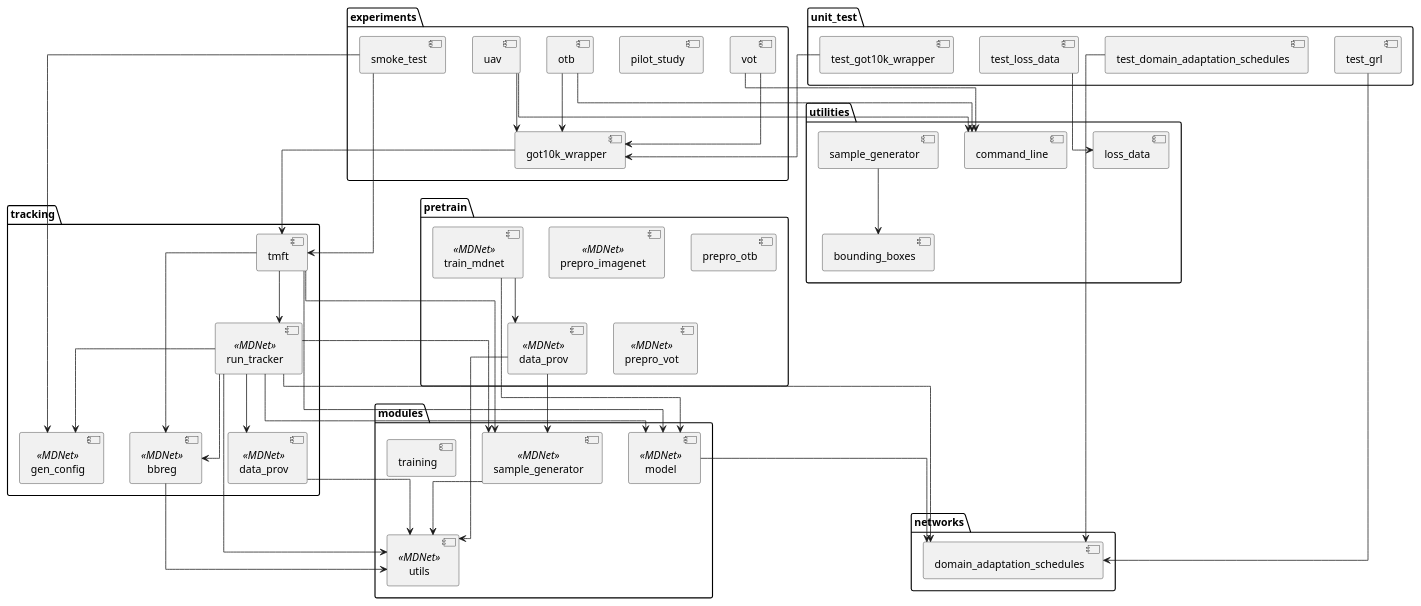
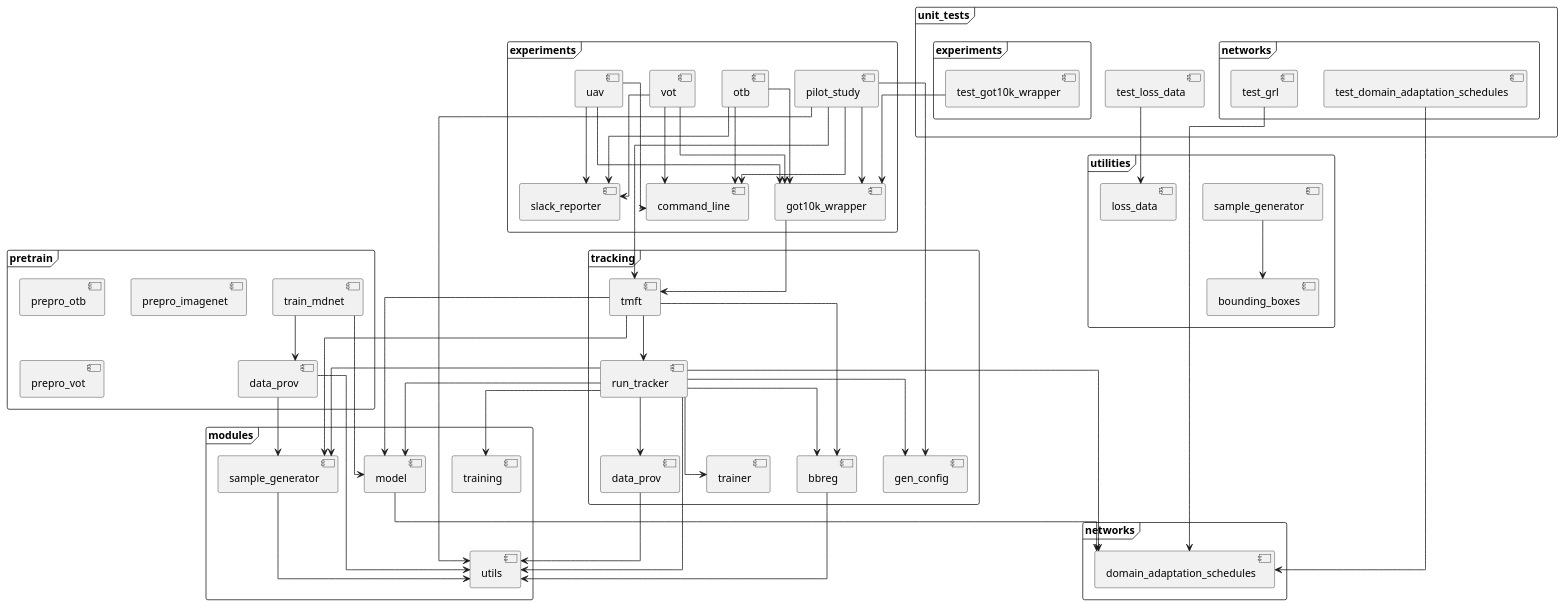
Before and after one commit to brobeson/tmft: the diagram in docs/source/dependencies.puml, drawn with PlantUML. The commit also changed 3 other files, not shown here.

First line of the commit message:
Consolidate the smoke and pilot tests

```diff
--- a/docs/source/dependencies.puml
+++ b/docs/source/dependencies.puml
@@ -1,93 +1,140 @@
 @startuml
-
-skinparam Linetype ortho
-
-package experiments {
-  [got10k_wrapper]
-  [otb]
-  [pilot_study]
-  [smoke_test]
-  [uav]
-  [vot]
+skinparam linetype ortho
+frame utilities as utilities {
+[bounding_boxes] as utilities.bounding_boxes
 }
-
-package modules {
-  [model] <<MDNet>>
-  [sample_generator] as modules_sample_generator <<MDNet>>
-  [training]
-  [utils] <<MDNet>>
+frame utilities as utilities {
+[sample_generator] as utilities.sample_generator
 }
-
-package networks {
-  [domain_adaptation_schedules]
+frame utilities as utilities {
+[loss_data] as utilities.loss_data
 }
-
-package pretrain {
-  [data_prov] as pretrain_data_prov <<MDNet>>
-  [prepro_imagenet] <<MDNet>>
-  [prepro_otb]
-  [prepro_vot] <<MDNet>>
-  [train_mdnet] <<MDNet>>
+frame pretrain as pretrain {
+[prepro_otb] as pretrain.prepro_otb
 }
-
-package tracking {
-  [bbreg] <<MDNet>>
-  [data_prov] as tracking_data_prov <<MDNet>>
-  [gen_config] <<MDNet>>
-  [run_tracker] <<MDNet>>
-  [tmft]
+frame pretrain as pretrain {
+[train_mdnet] as pretrain.train_mdnet
 }
-
-package unit_test {
-  [test_got10k_wrapper]
-  [test_domain_adaptation_schedules]
-  [test_grl]
-  [test_loss_data]
+frame pretrain as pretrain {
+[prepro_imagenet] as pretrain.prepro_imagenet
 }
-
-package utilities {
-  [bounding_boxes]
-  [command_line]
-  [loss_data]
-  [sample_generator] as utilities_sample_generator
+frame pretrain as pretrain {
+[prepro_vot] as pretrain.prepro_vot
 }
-
-[got10k_wrapper] --> [tmft]
-[otb] --> [got10k_wrapper]
-[otb] --> [command_line]
-[smoke_test] --> [gen_config]
-[smoke_test] --> [tmft]
-[uav] --> [got10k_wrapper]
-[uav] --> [command_line]
-[vot] --> [got10k_wrapper]
-[vot] --> [command_line]
-
-[model] --> [domain_adaptation_schedules]
-modules_sample_generator --> [utils]
-
-pretrain_data_prov --> modules_sample_generator
-pretrain_data_prov --> [utils]
-[train_mdnet] --> pretrain_data_prov
-[train_mdnet] --> [model]
-
-[bbreg] --> [utils]
-tracking_data_prov --> [utils]
-[run_tracker] --> [model]
-[run_tracker] --> modules_sample_generator
-[run_tracker] --> [utils]
-[run_tracker] --> [domain_adaptation_schedules]
-[run_tracker] --> tracking_data_prov
-[run_tracker] --> [bbreg]
-[run_tracker] --> [gen_config]
-[tmft] --> [model]
-[tmft] --> modules_sample_generator
-[tmft] --> [bbreg]
-[tmft] --> [run_tracker]
-
-[test_got10k_wrapper] --> [got10k_wrapper]
-[test_domain_adaptation_schedules] --> [domain_adaptation_schedules]
-[test_loss_data] --> [loss_data]
-[test_grl] --> [domain_adaptation_schedules]
-
-utilities_sample_generator --> [bounding_boxes]
+frame pretrain as pretrain {
+[data_prov] as pretrain.data_prov
+}
+frame unit_tests as unit_tests {
+[test_loss_data] as unit_tests.test_loss_data
+}
+frame unit_tests as unit_tests {
+frame experiments as unit_tests.experiments {
+[test_got10k_wrapper] as unit_tests.experiments.test_got10k_wrapper
+}
+}
+frame unit_tests as unit_tests {
+frame networks as unit_tests.networks {
+[test_grl] as unit_tests.networks.test_grl
+}
+}
+frame unit_tests as unit_tests {
+frame networks as unit_tests.networks {
+[test_domain_adaptation_schedules] as unit_tests.networks.test_domain_adaptation_schedules
+}
+}
+frame tracking as tracking {
+[trainer] as tracking.trainer
+}
+frame tracking as tracking {
+[run_tracker] as tracking.run_tracker
+}
+frame tracking as tracking {
+[gen_config] as tracking.gen_config
+}
+frame tracking as tracking {
+[tmft] as tracking.tmft
+}
+frame tracking as tracking {
+[data_prov] as tracking.data_prov
+}
+frame tracking as tracking {
+[bbreg] as tracking.bbreg
+}
+frame modules as modules {
+[sample_generator] as modules.sample_generator
+}
+frame modules as modules {
+[training] as modules.training
+}
+frame modules as modules {
+[utils] as modules.utils
+}
+frame modules as modules {
+[model] as modules.model
+}
+frame experiments as experiments {
+[uav] as experiments.uav
+}
+frame experiments as experiments {
+[otb] as experiments.otb
+}
+frame experiments as experiments {
+[command_line] as experiments.command_line
+}
+frame experiments as experiments {
+[vot] as experiments.vot
+}
+frame experiments as experiments {
+[got10k_wrapper] as experiments.got10k_wrapper
+}
+frame experiments as experiments {
+[pilot_study] as experiments.pilot_study
+}
+frame experiments as experiments {
+[slack_reporter] as experiments.slack_reporter
+}
+frame networks as networks {
+[domain_adaptation_schedules] as networks.domain_adaptation_schedules
+}
+[utilities.sample_generator] --> [utilities.bounding_boxes]
+[pretrain.train_mdnet] --> [pretrain.data_prov]
+[pretrain.train_mdnet] --> [modules.model]
+[pretrain.data_prov] --> [modules.utils]
+[pretrain.data_prov] --> [modules.sample_generator]
+[unit_tests.test_loss_data] --> [utilities.loss_data]
+[unit_tests.experiments.test_got10k_wrapper] --> [experiments.got10k_wrapper]
+[unit_tests.networks.test_grl] --> [networks.domain_adaptation_schedules]
+[unit_tests.networks.test_domain_adaptation_schedules] --> [networks.domain_adaptation_schedules]
+[tracking.run_tracker] --> [modules.model]
+[tracking.run_tracker] --> [tracking.gen_config]
+[tracking.run_tracker] --> [modules.utils]
+[tracking.run_tracker] --> [modules.training]
+[tracking.run_tracker] --> [modules.sample_generator]
+[tracking.run_tracker] --> [tracking.bbreg]
+[tracking.run_tracker] --> [tracking.trainer]
+[tracking.run_tracker] --> [tracking.data_prov]
+[tracking.run_tracker] --> [networks.domain_adaptation_schedules]
+[tracking.tmft] --> [tracking.bbreg]
+[tracking.tmft] --> [tracking.run_tracker]
+[tracking.tmft] --> [modules.sample_generator]
+[tracking.tmft] --> [modules.model]
+[tracking.data_prov] --> [modules.utils]
+[tracking.bbreg] --> [modules.utils]
+[modules.sample_generator] --> [modules.utils]
+[modules.model] --> [networks.domain_adaptation_schedules]
+[experiments.uav] --> [experiments.command_line]
+[experiments.uav] --> [experiments.slack_reporter]
+[experiments.uav] --> [experiments.got10k_wrapper]
+[experiments.otb] --> [experiments.command_line]
+[experiments.otb] --> [experiments.slack_reporter]
+[experiments.otb] --> [experiments.got10k_wrapper]
+[experiments.vot] --> [experiments.command_line]
+[experiments.vot] --> [experiments.slack_reporter]
+[experiments.vot] --> [experiments.got10k_wrapper]
+[experiments.got10k_wrapper] --> [tracking.tmft]
+[experiments.pilot_study] --> [tracking.tmft]
+[experiments.pilot_study] --> [modules.utils]
+[experiments.pilot_study] --> [experiments.command_line]
+[experiments.pilot_study] --> [tracking.gen_config]
+[experiments.pilot_study] --> [experiments.got10k_wrapper]
 @enduml
```
